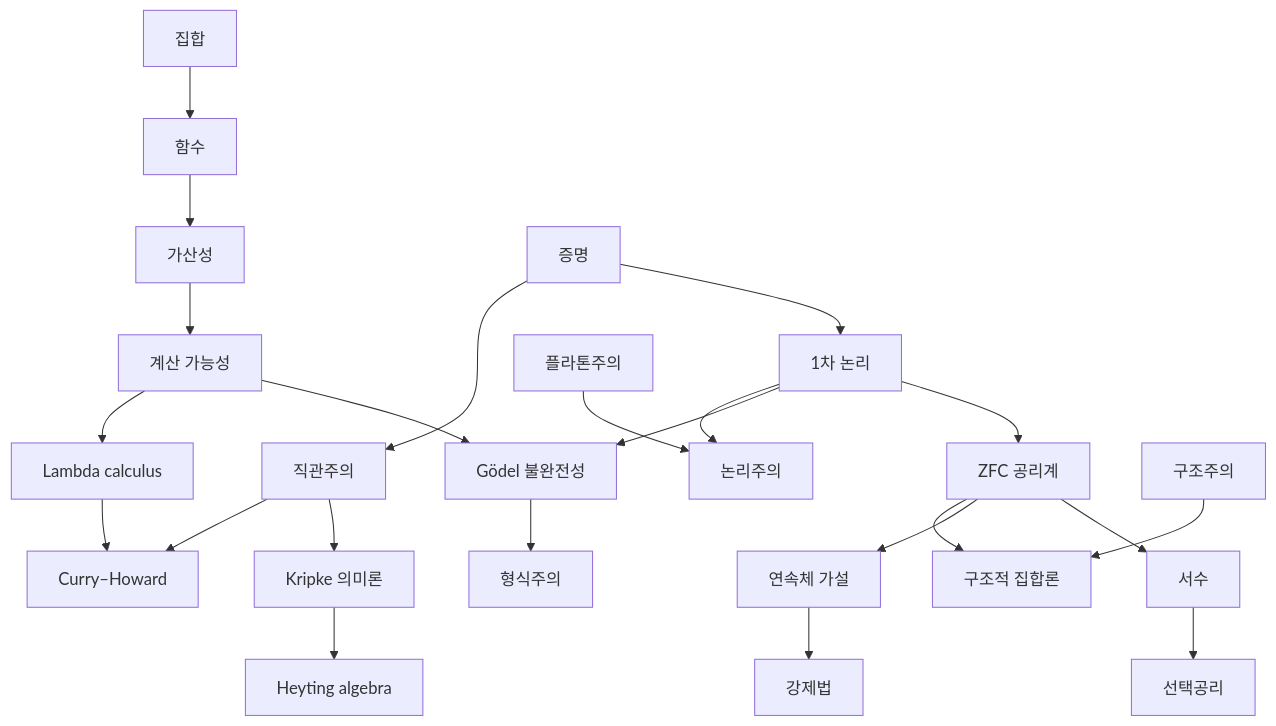
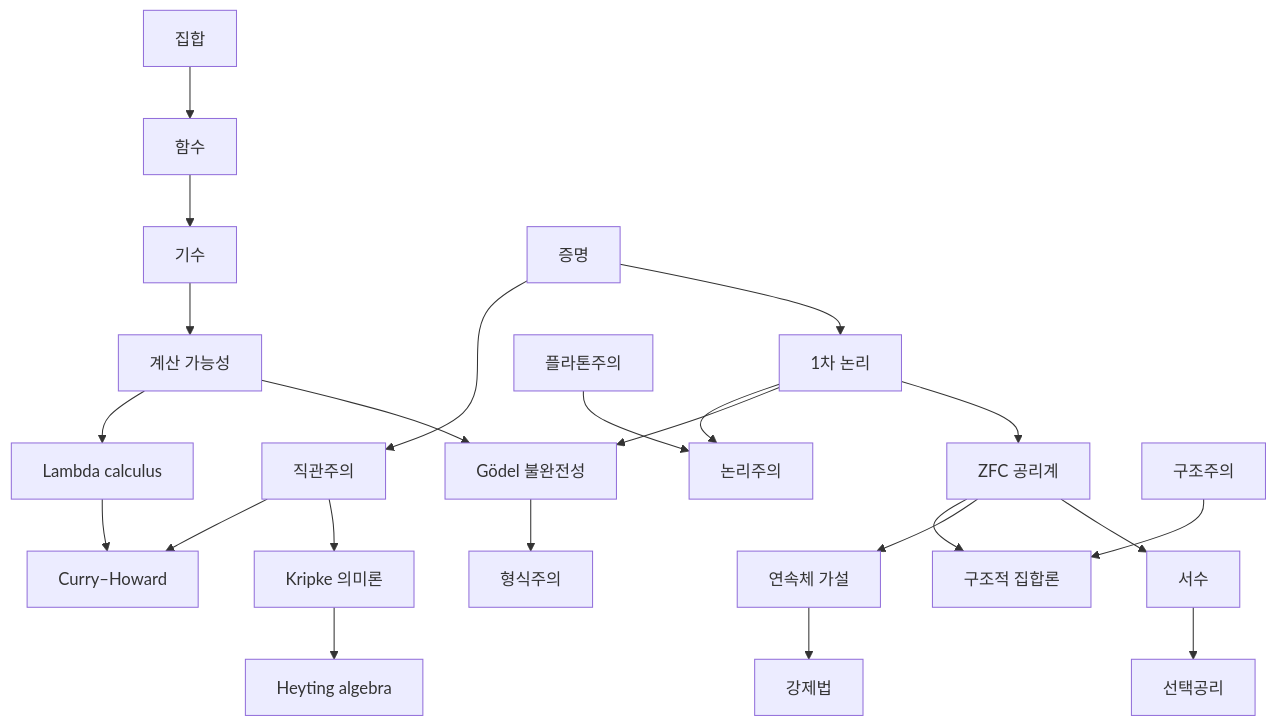
One commit to Phryxia/math-map changed the diagram in docs/foundations-overview.md. Above: the diagram before and after it, drawn with Mermaid. The commit also changed other lines of this file, not shown here.

````diff
--- a/docs/foundations-overview.md
+++ b/docs/foundations-overview.md
@@ -11,14 +11,14 @@
 ```mermaid
 graph TD
-  S["집합"] --> F["함수"] --> CD["가산성"] --> CM["계산 가능성"] --> GD["Gödel 불완전성"]
+  S["집합"] --> F["함수"] --> CD["기수"] --> CM["계산 가능성"] --> GD["Gödel 불완전성"]
   P["증명"] --> FOL["1차 논리"] --> ZFC["ZFC 공리계"] --> OR["서수"] --> AC["선택공리"]
   ZFC --> CH["연속체 가설"] --> FC["강제법"]
   FOL --> GD --> FM["형식주의"]
   FOL --> LG["논리주의"]
   PL["플라톤주의"] --> LG
   P --> IN["직관주의"] --> KR["Kripke 의미론"] --> HA["Heyting algebra"]
   IN --> CH2["Curry–Howard"]
   CM --> LC["Lambda calculus"] --> CH2
   ST["구조주의"] --> SST["구조적 집합론"]
   ZFC --> SST
 ```
````
